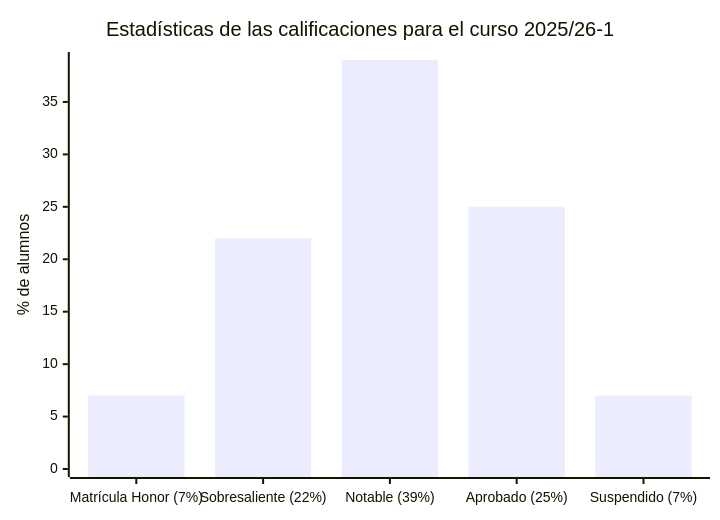
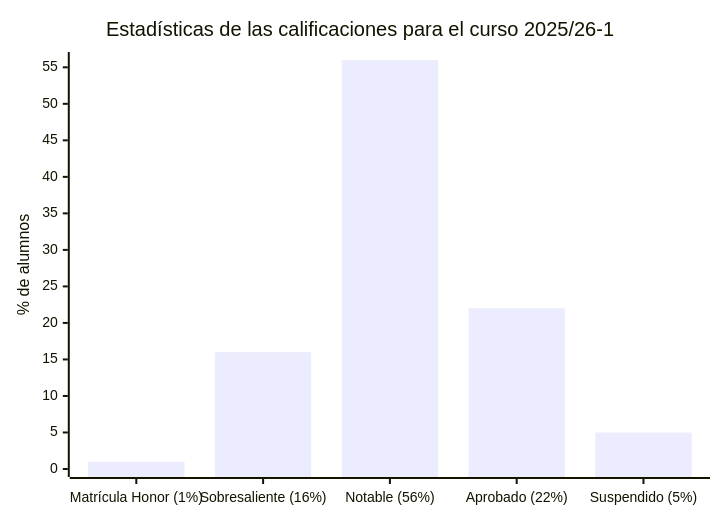
Before and after one commit to HenestrosaDev/uoc-ingenieria-informatica: the first of 2 diagrams in fundamentos_fisicos_de_la_informatica/README.md, drawn with Mermaid. The commit also changed other lines of this file, not shown here.

````diff
--- a/fundamentos_fisicos_de_la_informatica/README.md
+++ b/fundamentos_fisicos_de_la_informatica/README.md
@@ -22,7 +22,7 @@
 ```mermaid
 xychart-beta
 		title "Estadísticas de las calificaciones para el curso 2025/26-1"
-		x-axis ["Matrícula Honor (7%)", "Sobresaliente (22%)", "Notable (39%)", "Aprobado (25%)", "Suspendido (7%)"]
-		y-axis "% de alumnos" 0 --> 39
-		bar [7, 22, 39, 25, 7]
+		x-axis ["Matrícula Honor (1%)", "Sobresaliente (16%)", "Notable (56%)", "Aprobado (22%)", "Suspendido (5%)"]
+		y-axis "% de alumnos" 0 --> 56
+		bar [1, 16, 56, 22, 5]
 ```
````
